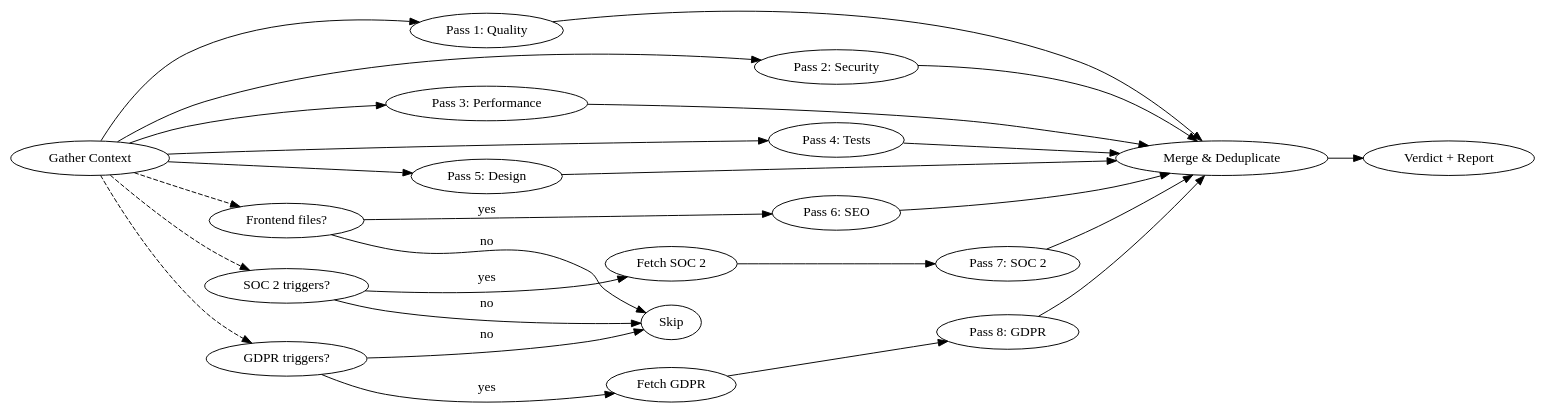
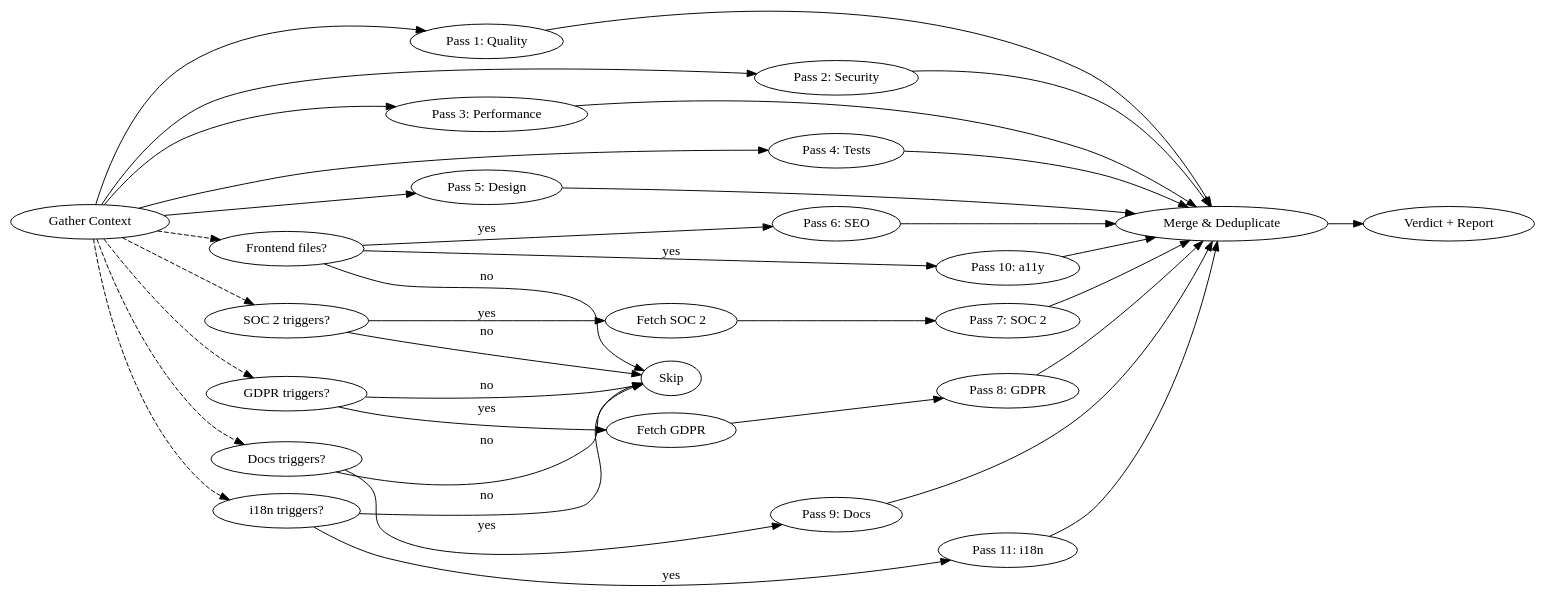
The diagram in skills/deep-code-review/SKILL.md (caio-silva/claude-skills), drawn with Graphviz before and after one commit. The commit also changed other lines of this file and 1 other file, not shown here.

````diff
--- a/skills/deep-code-review/SKILL.md
+++ b/skills/deep-code-review/SKILL.md
@@ -30,23 +30,33 @@
 ```dot
 digraph review_flow {
     rankdir=LR;
     "Gather Context" -> "Pass 1: Quality" -> "Merge & Deduplicate";
     "Gather Context" -> "Pass 2: Security" -> "Merge & Deduplicate";
     "Gather Context" -> "Pass 3: Performance" -> "Merge & Deduplicate";
     "Gather Context" -> "Pass 4: Tests" -> "Merge & Deduplicate";
     "Gather Context" -> "Pass 5: Design" -> "Merge & Deduplicate";
     "Gather Context" -> "Frontend files?" [style=dashed];
     "Frontend files?" -> "Pass 6: SEO" [label="yes"];
+    "Frontend files?" -> "Pass 10: a11y" [label="yes"];
     "Frontend files?" -> "Skip" [label="no"];
     "Pass 6: SEO" -> "Merge & Deduplicate";
+    "Pass 10: a11y" -> "Merge & Deduplicate";
     "Gather Context" -> "SOC 2 triggers?" [style=dashed];
     "SOC 2 triggers?" -> "Fetch SOC 2" [label="yes"];
     "SOC 2 triggers?" -> "Skip" [label="no"];
     "Fetch SOC 2" -> "Pass 7: SOC 2" -> "Merge & Deduplicate";
     "Gather Context" -> "GDPR triggers?" [style=dashed];
     "GDPR triggers?" -> "Fetch GDPR" [label="yes"];
     "GDPR triggers?" -> "Skip" [label="no"];
     "Fetch GDPR" -> "Pass 8: GDPR" -> "Merge & Deduplicate";
+    "Gather Context" -> "Docs triggers?" [style=dashed];
+    "Docs triggers?" -> "Pass 9: Docs" [label="yes"];
+    "Docs triggers?" -> "Skip" [label="no"];
+    "Pass 9: Docs" -> "Merge & Deduplicate";
+    "Gather Context" -> "i18n triggers?" [style=dashed];
+    "i18n triggers?" -> "Pass 11: i18n" [label="yes"];
+    "i18n triggers?" -> "Skip" [label="no"];
+    "Pass 11: i18n" -> "Merge & Deduplicate";
     "Merge & Deduplicate" -> "Verdict + Report";
 }
 ```
````
